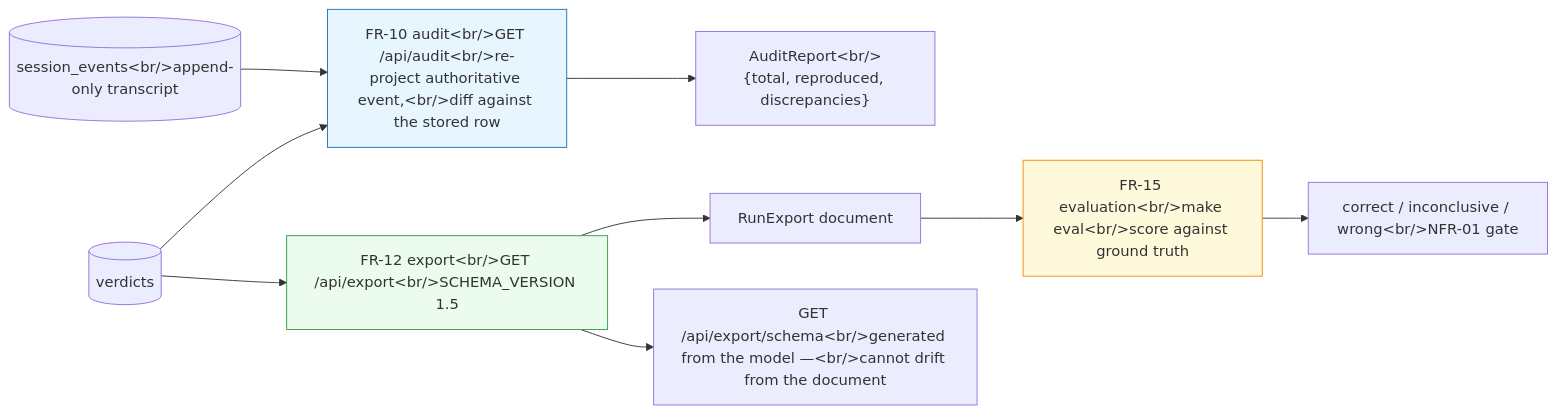
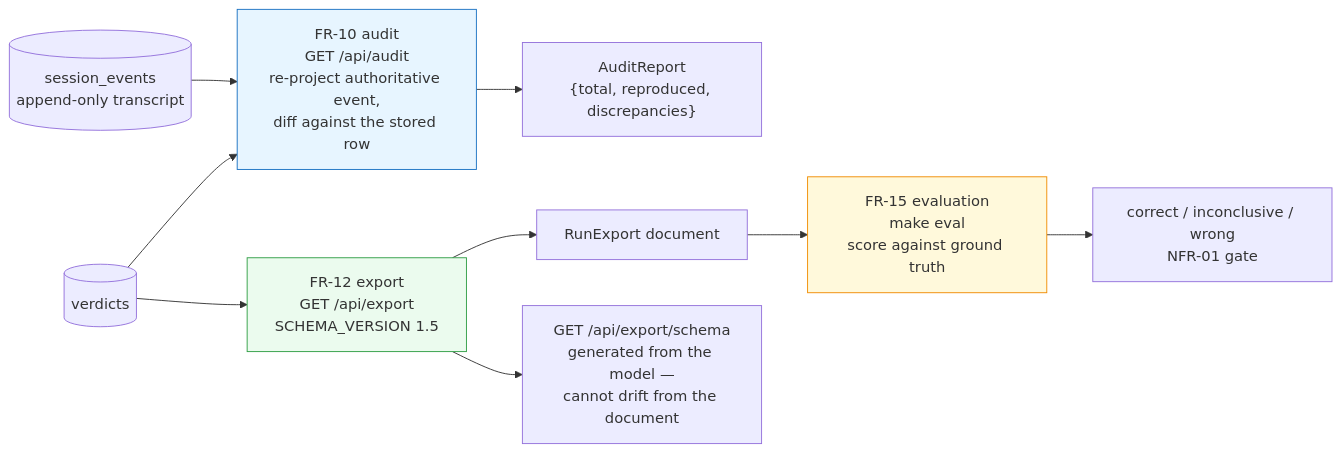
Before and after one commit to SelfishCoconut/revalid: the fifth of 5 diagrams in docs/architecture/subsystem-flows.md, drawn with Mermaid. The commit also changed other lines of this file and 5 other files, not shown here.

First line of the commit message:
fix(docs): every mermaid diagram rendered as a "Syntax error" bomb (#154) (#155)

````diff
--- a/docs/architecture/subsystem-flows.md
+++ b/docs/architecture/subsystem-flows.md
@@ -162,20 +162,20 @@
 ```mermaid
 flowchart LR
-    T[("session_events&lt;br/&gt;append-only transcript")]
+    T[("session_events<br/>append-only transcript")]
     V[("verdicts")]
 
-    T --> AU["FR-10 audit&lt;br/&gt;GET /api/audit&lt;br/&gt;re-project authoritative event,&lt;br/&gt;diff against the stored row"]
+    T --> AU["FR-10 audit<br/>GET /api/audit<br/>re-project authoritative event,<br/>diff against the stored row"]
     V --> AU
-    AU --> R1["AuditReport&lt;br/&gt;{total, reproduced, discrepancies}"]
+    AU --> R1["AuditReport<br/>{total, reproduced, discrepancies}"]
 
-    V --> EXP["FR-12 export&lt;br/&gt;GET /api/export&lt;br/&gt;SCHEMA_VERSION 1.5"]
+    V --> EXP["FR-12 export<br/>GET /api/export<br/>SCHEMA_VERSION 1.5"]
     EXP --> R2["RunExport document"]
-    EXP --> SCH["GET /api/export/schema&lt;br/&gt;generated from the model —&lt;br/&gt;cannot drift from the document"]
+    EXP --> SCH["GET /api/export/schema<br/>generated from the model —<br/>cannot drift from the document"]
 
-    R2 --> EV["FR-15 evaluation&lt;br/&gt;make eval&lt;br/&gt;score against ground truth"]
-    EV --> R3["correct / inconclusive / wrong&lt;br/&gt;NFR-01 gate"]
+    R2 --> EV["FR-15 evaluation<br/>make eval<br/>score against ground truth"]
+    EV --> R3["correct / inconclusive / wrong<br/>NFR-01 gate"]
 
     style AU fill:#e7f5ff,stroke:#1971c2
     style EXP fill:#ebfbee,stroke:#2f9e44
     style EV fill:#fff9db,stroke:#f08c00
 ```
````
